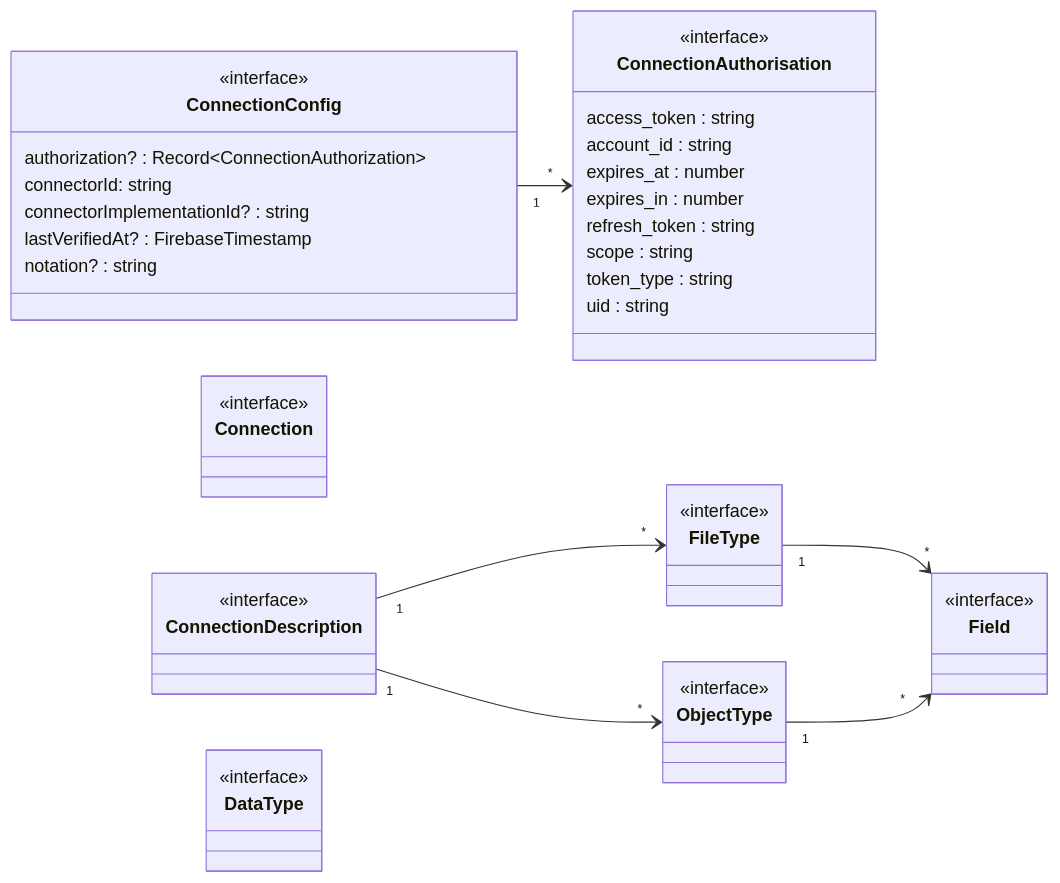
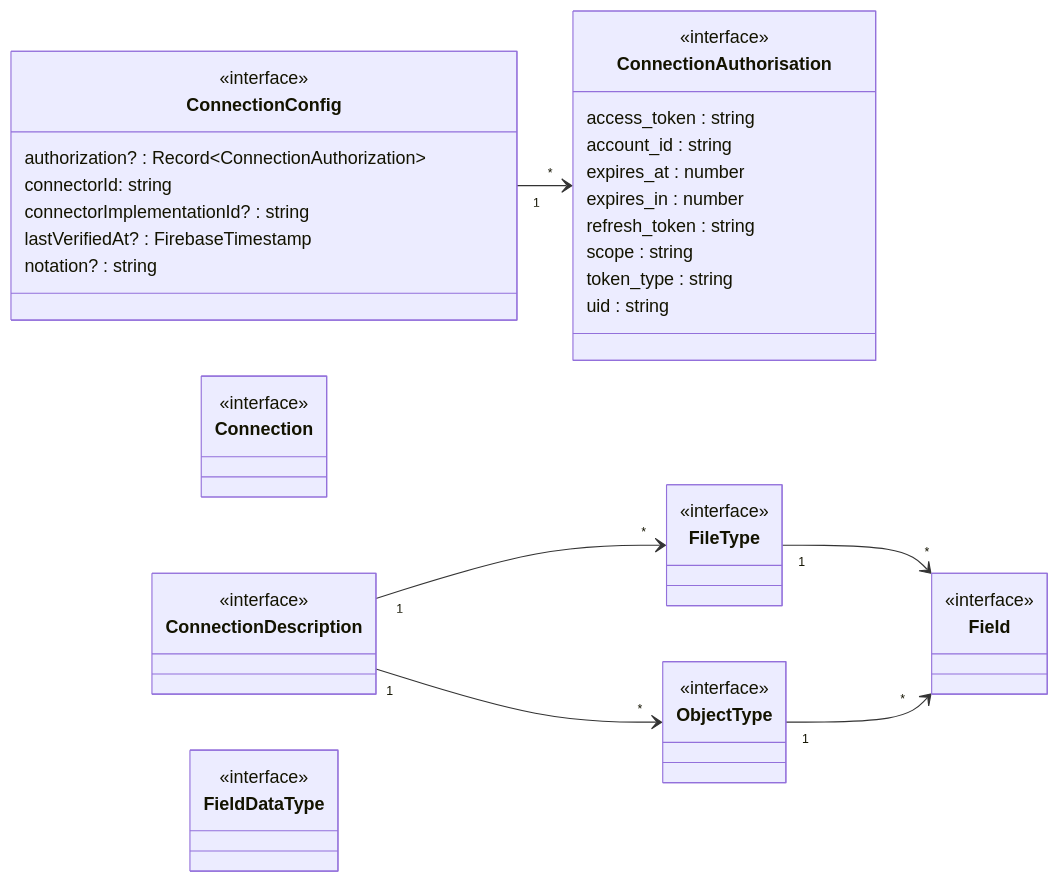
Before and after one commit to data-positioning/datapos-shared: the tenth of 22 diagrams in README.md, drawn with Mermaid. The commit also changed other lines of this file and 6 other files, not shown here.

````diff
--- a/README.md
+++ b/README.md
@@ -353,56 +353,56 @@
 ```mermaid
 classDiagram
     direction LR
 
     class ConnectionConfig {
         <<interface>>
         authorization? : Record~ConnectionAuthorization~
         connectorId: string
         connectorImplementationId? : string
         lastVerifiedAt? : FirebaseTimestamp
         notation? : string
     }
 
     class ConnectionAuthorisation {
         <<interface>>
         access_token : string
         account_id : string
         expires_at : number
         expires_in : number
         refresh_token : string
         scope : string
         token_type : string
         uid : string
     }
 
     ConnectionConfig "1" --> "*" ConnectionAuthorisation
 
     class Connection {
         <<interface>>
     }
 
     class ConnectionDescription {
         <<interface>>
     }
 
     class FileType {
         <<interface>>
     }
 
     class ObjectType {
         <<interface>>
     }
 
     class Field {
         <<interface>>
     }
 
-    class DataType {
+    class FieldDataType {
         <<interface>>
     }
 
     ConnectionDescription "1" --> "*" FileType
     FileType "1" --> "*" Field
     ConnectionDescription "1" --> "*" ObjectType
     ObjectType "1" --> "*" Field
 ```
````
